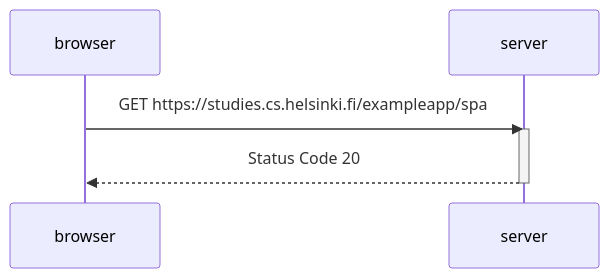
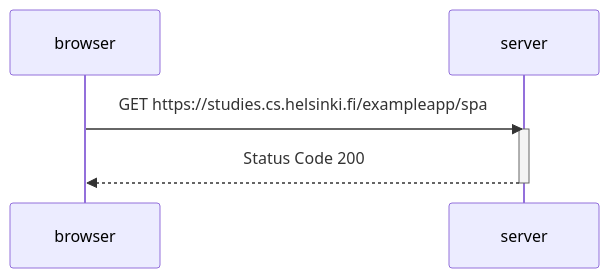
One commit to Avensi/moocfullstack2023 changed the diagram in part0/Single app diagram.md. Above: the diagram before and after it, drawn with Mermaid.

Commit message:
Update Single app diagram.md

````diff
--- a/part0/Single app diagram.md
+++ b/part0/Single app diagram.md
@@ -1,11 +1,11 @@
 ```mermaid
 sequenceDiagram
     participant browser
     participant server
 
     browser->>server: GET  https://studies.cs.helsinki.fi/exampleapp/spa
     activate server
-    server-->>browser: Status Code 20 
+    server-->>browser: Status Code 200
     deactivate server
 
    ```
````
